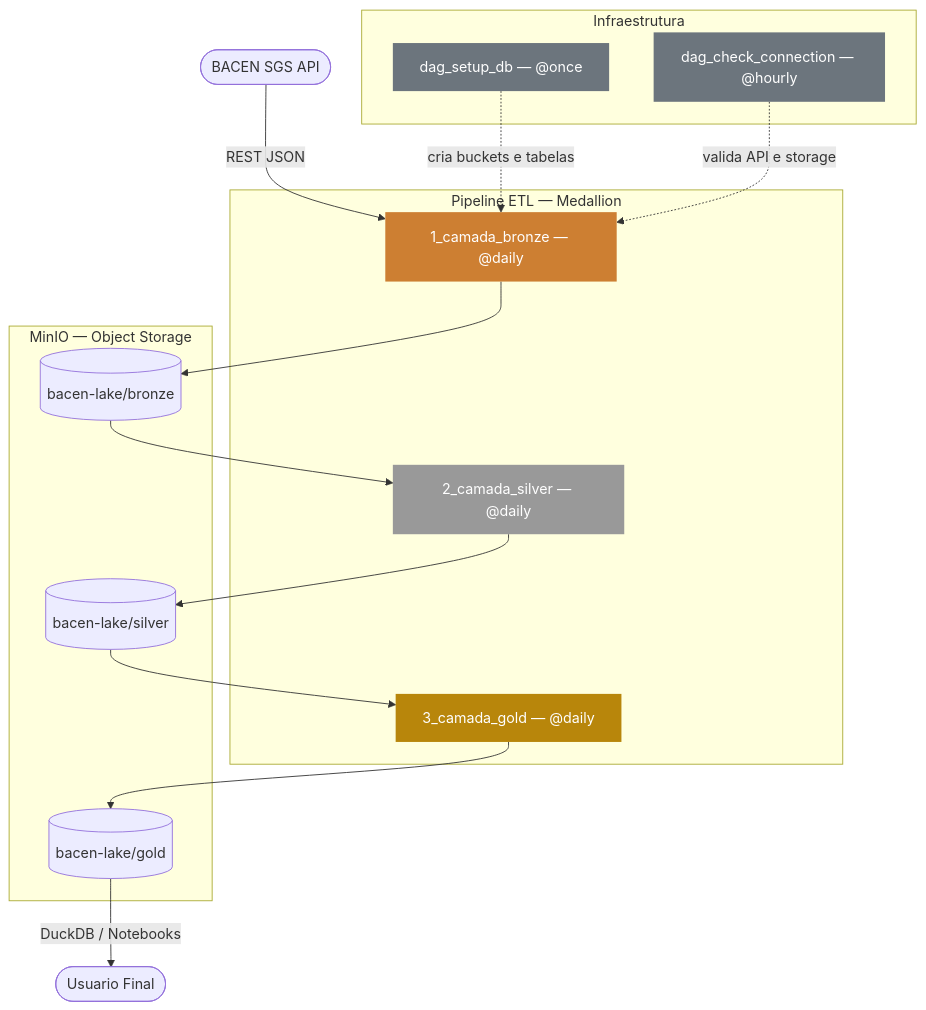
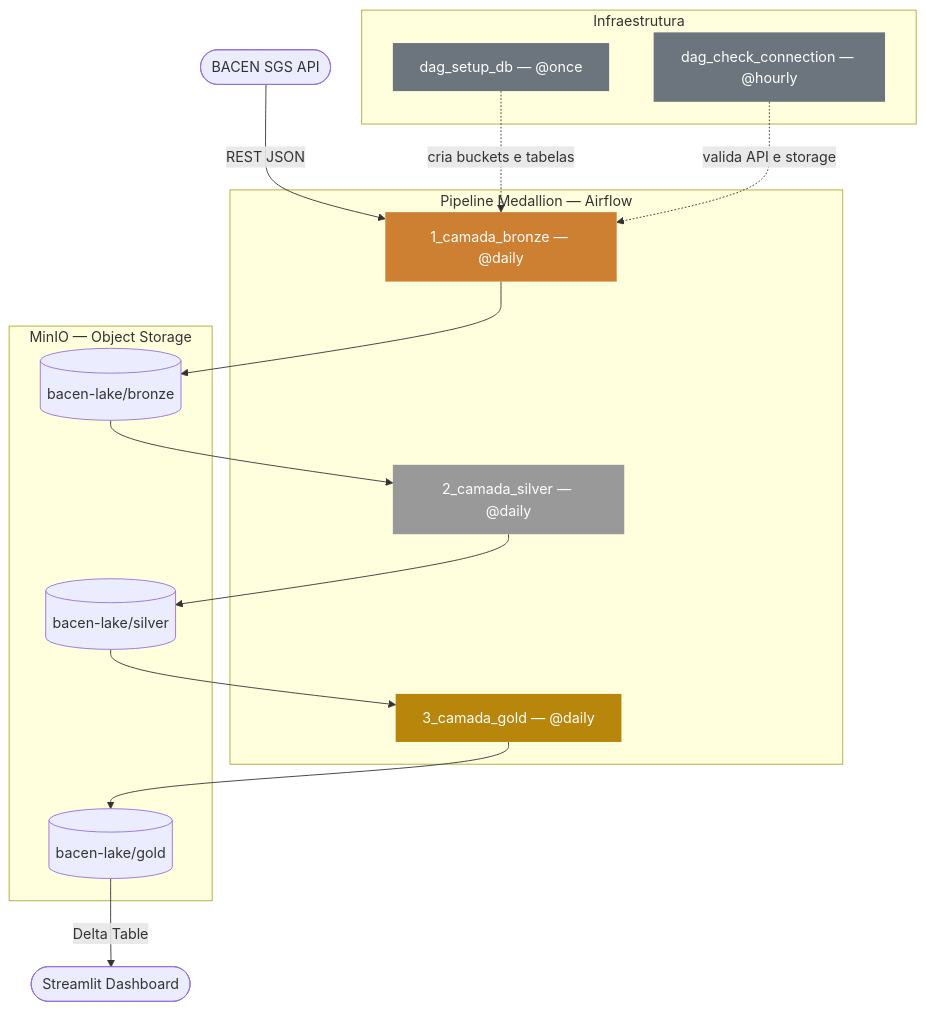
The diagram in README.md (samuelZ20/brazilian_economic_pipeline), drawn with Mermaid before and after one commit. The commit also changed other lines of this file, not shown here.

````diff
--- a/README.md
+++ b/README.md
@@ -13,37 +13,37 @@
 ```mermaid
 flowchart TD
     API([BACEN SGS API]) -->|REST JSON| BRONZE
 
     subgraph INFRA ["Infraestrutura"]
         SETUP["dag_setup_db — @once"]:::infra
         CHECK["dag_check_connection — @hourly"]:::infra
     end
 
-    subgraph ETL ["Pipeline ETL — Medallion"]
+    subgraph ETL ["Pipeline Medallion — Airflow"]
         BRONZE["1_camada_bronze — @daily"]:::bronze
         SILVER["2_camada_silver — @daily"]:::silver
         GOLD["3_camada_gold — @daily"]:::gold
     end
 
     SETUP -.->|cria buckets e tabelas| BRONZE
     CHECK -.->|valida API e storage| BRONZE
 
     BRONZE --> DB_B[(bacen-lake/bronze)]
     DB_B --> SILVER
     SILVER --> DB_S[(bacen-lake/silver)]
     DB_S --> GOLD
     GOLD --> DB_G[(bacen-lake/gold)]
 
     subgraph STORAGE ["MinIO — Object Storage"]
         DB_B
         DB_S
         DB_G
     end
 
-    DB_G -->|DuckDB / Notebooks| USER([Usuario Final])
+    DB_G -->|Delta Table| DASH([Streamlit Dashboard])
 
     classDef infra fill:#6c757d,color:#fff,stroke:none
     classDef bronze fill:#cd7f32,color:#fff,stroke:none
     classDef silver fill:#999,color:#fff,stroke:none
     classDef gold fill:#b8860b,color:#fff,stroke:none
 ```
````
